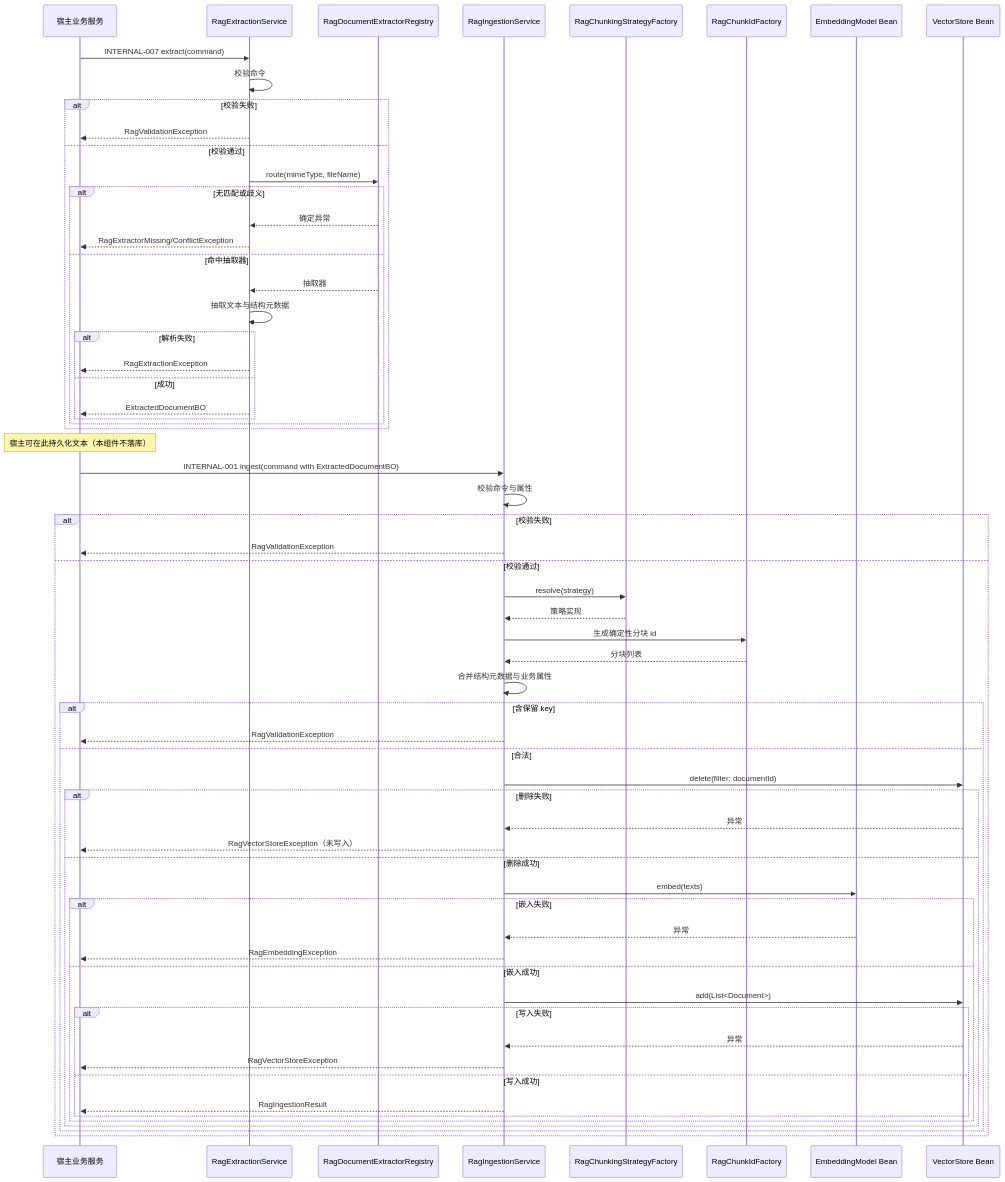
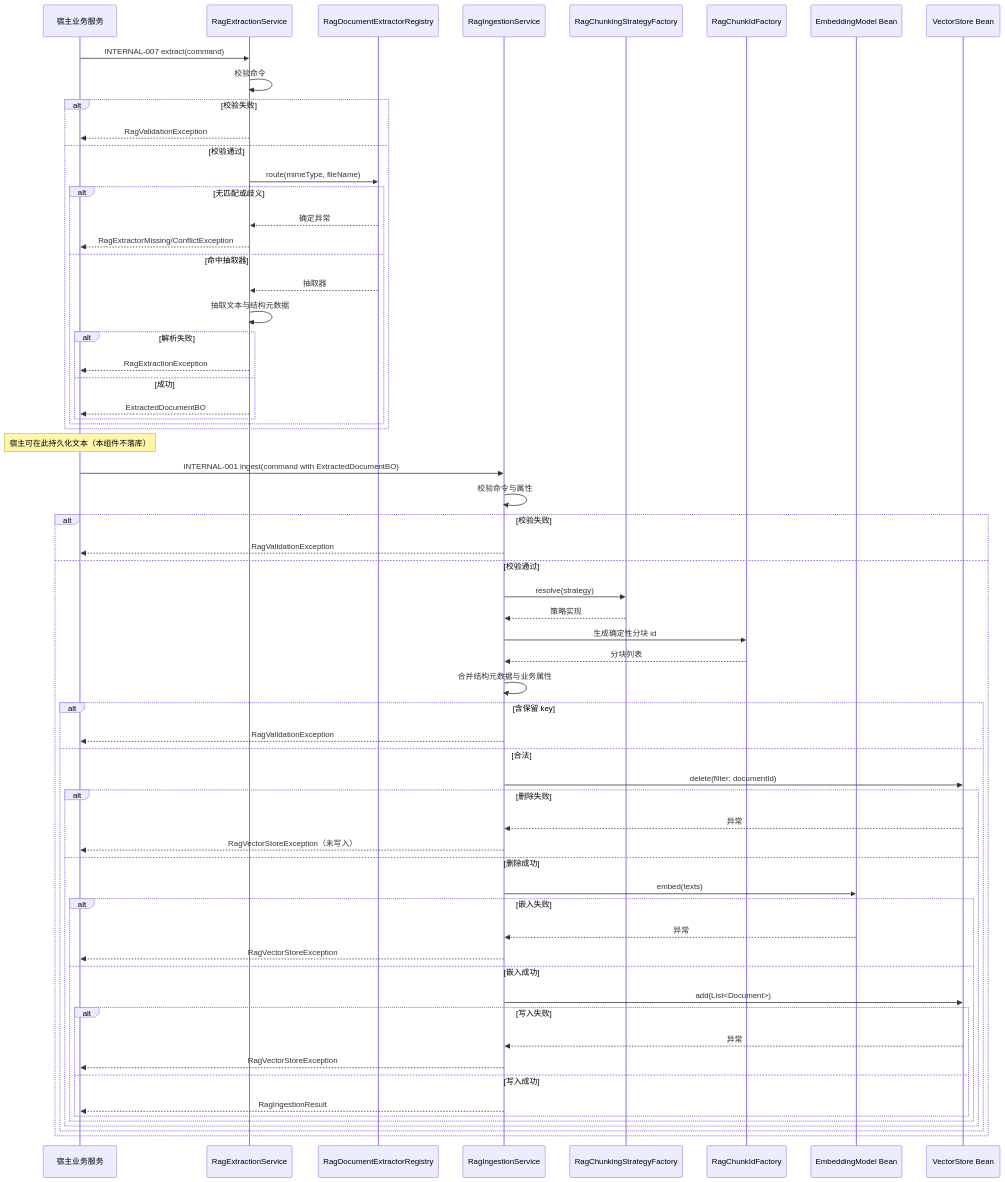
Before and after one commit to AllenDEricDAlexander/Egon-COLA: the fourth of 4 diagrams in docs/egon/spec/2026-09-10-11-34-egon-cola-component-rag-starter.md, drawn with Mermaid. The commit also changed other lines of this file and 6 other files, not shown here.

First line of the commit message:
fix(rag): remove the unreachable embedding exception

````diff
--- a/docs/egon/spec/2026-09-10-11-34-egon-cola-component-rag-starter.md
+++ b/docs/egon/spec/2026-09-10-11-34-egon-cola-component-rag-starter.md
@@ -520,68 +520,68 @@
 ```mermaid
 sequenceDiagram
     participant H as 宿主业务服务
     participant E as RagExtractionService
     participant R as RagDocumentExtractorRegistry
     participant S as RagIngestionService
     participant C as RagChunkingStrategyFactory
     participant K as RagChunkIdFactory
     participant M as EmbeddingModel Bean
     participant V as VectorStore Bean
 
     H->>E: INTERNAL-007 extract(command)
     E->>E: 校验命令
     alt 校验失败
         E-->>H: RagValidationException
     else 校验通过
         E->>R: route(mimeType, fileName)
         alt 无匹配或歧义
             R-->>E: 确定异常
             E-->>H: RagExtractorMissing/ConflictException
         else 命中抽取器
             R-->>E: 抽取器
             E->>E: 抽取文本与结构元数据
             alt 解析失败
                 E-->>H: RagExtractionException
             else 成功
                 E-->>H: ExtractedDocumentBO
             end
         end
     end
 
     Note over H: 宿主可在此持久化文本（本组件不落库）
 
     H->>S: INTERNAL-001 ingest(command with ExtractedDocumentBO)
     S->>S: 校验命令与属性
     alt 校验失败
         S-->>H: RagValidationException
     else 校验通过
         S->>C: resolve(strategy)
         C-->>S: 策略实现
         S->>K: 生成确定性分块 id
         K-->>S: 分块列表
         S->>S: 合并结构元数据与业务属性
         alt 含保留 key
             S-->>H: RagValidationException
         else 合法
             S->>V: delete(filter: documentId)
             alt 删除失败
                 V-->>S: 异常
                 S-->>H: RagVectorStoreException（未写入）
             else 删除成功
                 S->>M: embed(texts)
                 alt 嵌入失败
                     M-->>S: 异常
-                    S-->>H: RagEmbeddingException
+                    S-->>H: RagVectorStoreException
                 else 嵌入成功
                     S->>V: add(List<Document>)
                     alt 写入失败
                         V-->>S: 异常
                         S-->>H: RagVectorStoreException
                     else 写入成功
                         S-->>H: RagIngestionResult
                     end
                 end
             end
         end
     end
 ```
````
